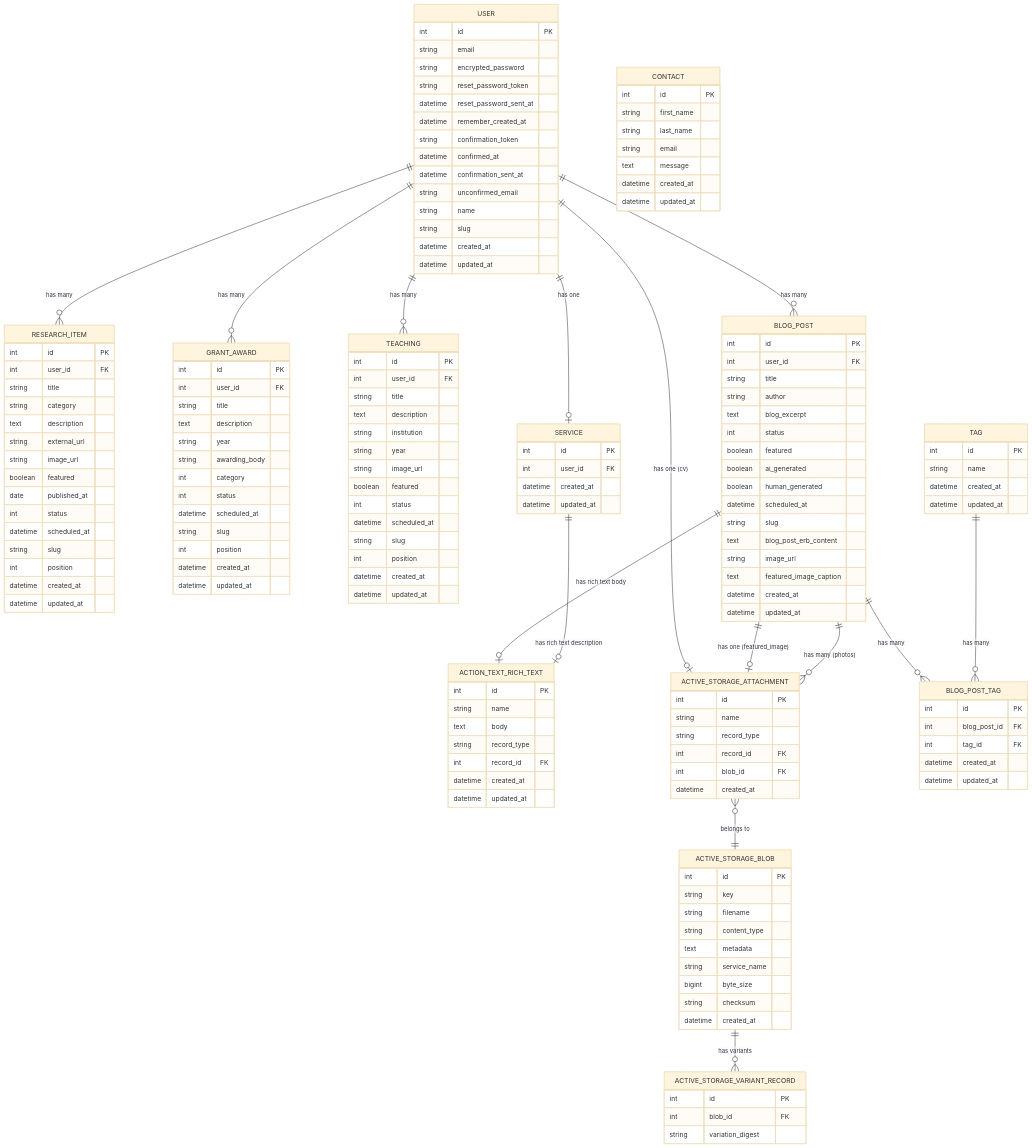
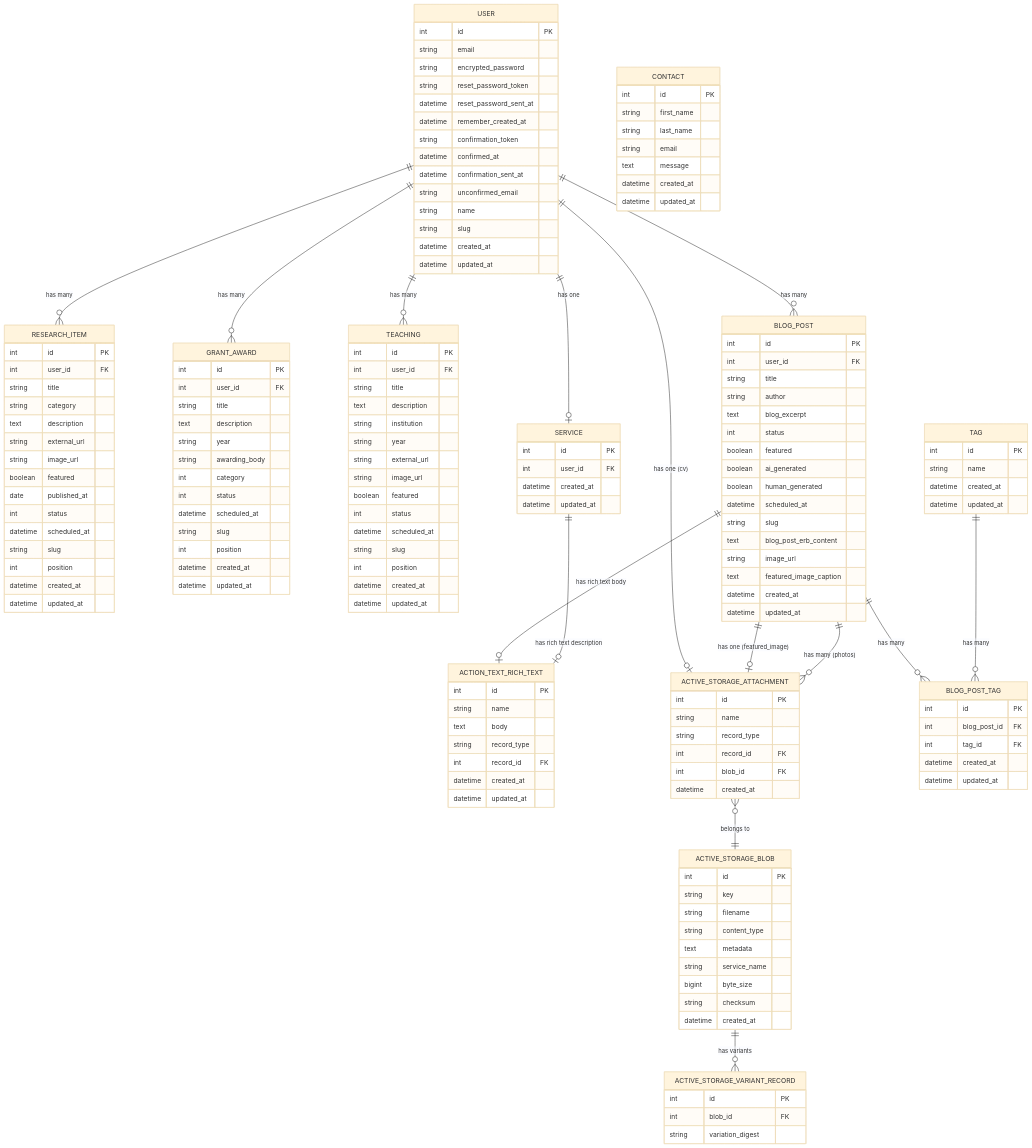
Before and after one commit to louiskb/isarak-portfolio: the diagram in docs/ERD.md, drawn with Mermaid (base theme). The commit also changed other lines of this file and 15 other files, not shown here.

First line of the commit message:
feat(seo): Open Graph tags, sitemap, external links on teaching/research

```diff
--- a/docs/ERD.md
+++ b/docs/ERD.md
@@ -60,6 +60,7 @@
         text description
         string institution
         string year
+        string external_url
         string image_url
         boolean featured
         int status
```
